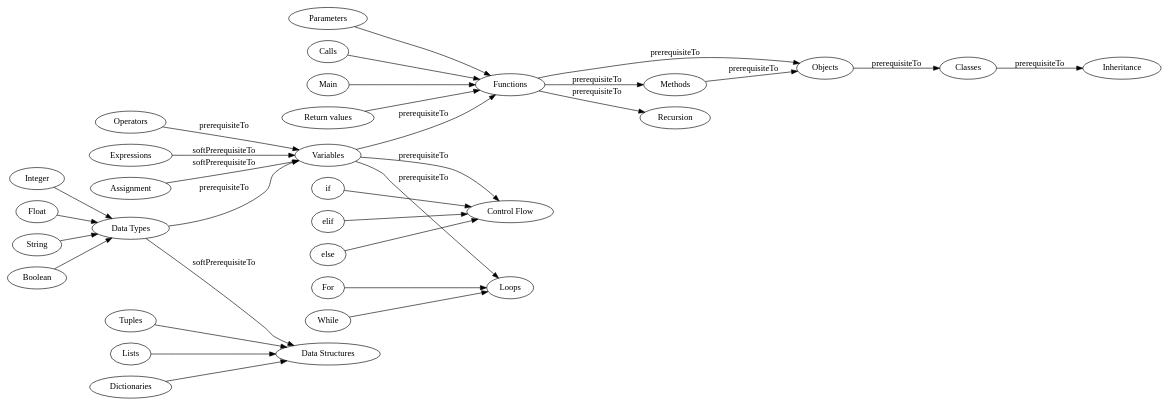
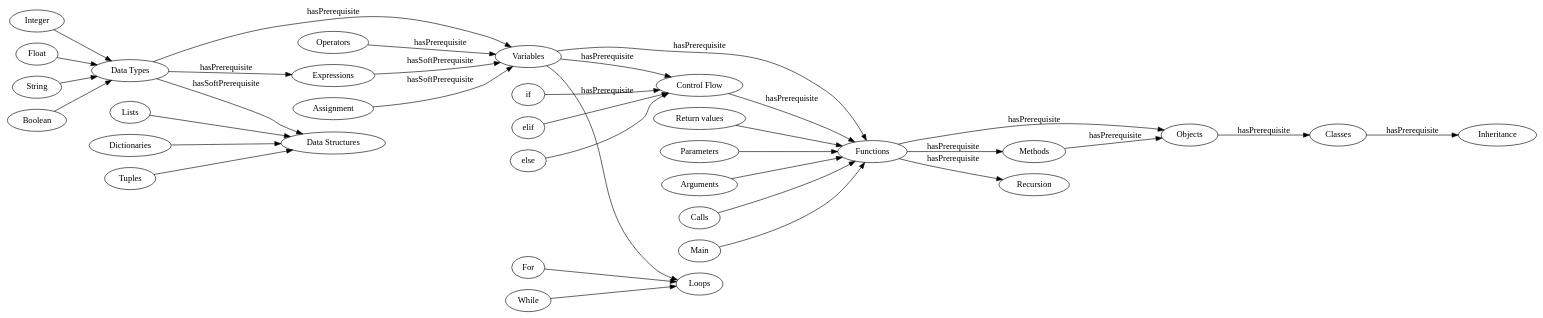
One commit to ezrichards/concept-graph changed the diagram in graphviz/PythonConceptGraph.dot. Above: the diagram before and after it, drawn with Graphviz. The commit also changed 12 other files, not shown here.

```diff
--- a/graphviz/PythonConceptGraph.dot
+++ b/graphviz/PythonConceptGraph.dot
@@ -1,53 +1,57 @@
 digraph {
    rankdir=LR;
 
    # data types
    "Integer" -> "Data Types";
    "Float" -> "Data Types";
    "String" -> "Data Types";
    "Boolean" -> "Data Types";
 
    # nodes into variables
-   "Data Types" -> "Variables" [ label="prerequisiteTo" ];
-   "Operators" -> "Variables" [ label="prerequisiteTo" ];
-   "Expressions" -> "Variables" [ label="softPrerequisiteTo" ];
-   "Assignment" -> "Variables" [ label="softPrerequisiteTo" ];
+   "Data Types" -> "Variables" [ label="hasPrerequisite" ];
+   "Operators" -> "Variables" [ label="hasPrerequisite" ];
+   "Data Types" -> "Expressions" [ label="hasPrerequisite" ];
+   "Expressions" -> "Variables" [ label="hasSoftPrerequisite" ];
+   "Assignment" -> "Variables" [ label="hasSoftPrerequisite" ];
 
    # nodes away from variables
-   "Variables" -> "Functions" [ label="prerequisiteTo" ];
-   "Variables" -> "Control Flow" [ label="prerequisiteTo" ];
-   "Variables" -> "Loops" [ label="prerequisiteTo" ];
+   "Variables" -> "Functions" [ label="hasPrerequisite" ];
+   "Variables" -> "Control Flow" [ label="hasPrerequisite" ];
+   "Variables" -> "Loops" [ label="hasPrerequisite" ];
    
    # functions
-   "Functions" -> "Objects" [ label="prerequisiteTo" ];
-   "Functions" -> "Recursion" [ label="prerequisiteTo" ];
-   "Functions" -> "Methods" [ label="prerequisiteTo" ];
+   "Functions" -> "Objects" [ label="hasPrerequisite" ];
+   "Functions" -> "Recursion" [ label="hasPrerequisite" ];
+   "Functions" -> "Methods" [ label="hasPrerequisite" ];
    
-   "Methods" -> "Objects" [ label="prerequisiteTo" ];
+   "Methods" -> "Objects" [ label="hasPrerequisite" ];
 
    # functions children
    "Return values" -> "Functions";
    "Parameters" -> "Functions";
+   "Arguments" -> "Functions";
    "Calls" -> "Functions";
    "Main" -> "Functions";
+
+   "Control Flow" -> "Functions" [ label="hasPrerequisite" ];
 
    # loops children
    "While" -> "Loops"
    "For" -> "Loops"
 
    # control flow children
    "if" -> "Control Flow"
    "elif" -> "Control Flow"
    "else" -> "Control Flow"
 
    # objects & classes
-   "Objects" -> "Classes" [ label="prerequisiteTo" ];
-   "Classes" -> "Inheritance" [ label="prerequisiteTo" ];
+   "Objects" -> "Classes" [ label="hasPrerequisite" ];
+   "Classes" -> "Inheritance" [ label="hasPrerequisite" ];
    
    # data structures
    "Lists" -> "Data Structures"
    "Dictionaries" -> "Data Structures"
    "Tuples" -> "Data Structures"
 
-   "Data Types" -> "Data Structures" [ label="softPrerequisiteTo" ];
+   "Data Types" -> "Data Structures" [ label="hasSoftPrerequisite" ];
 }
```
